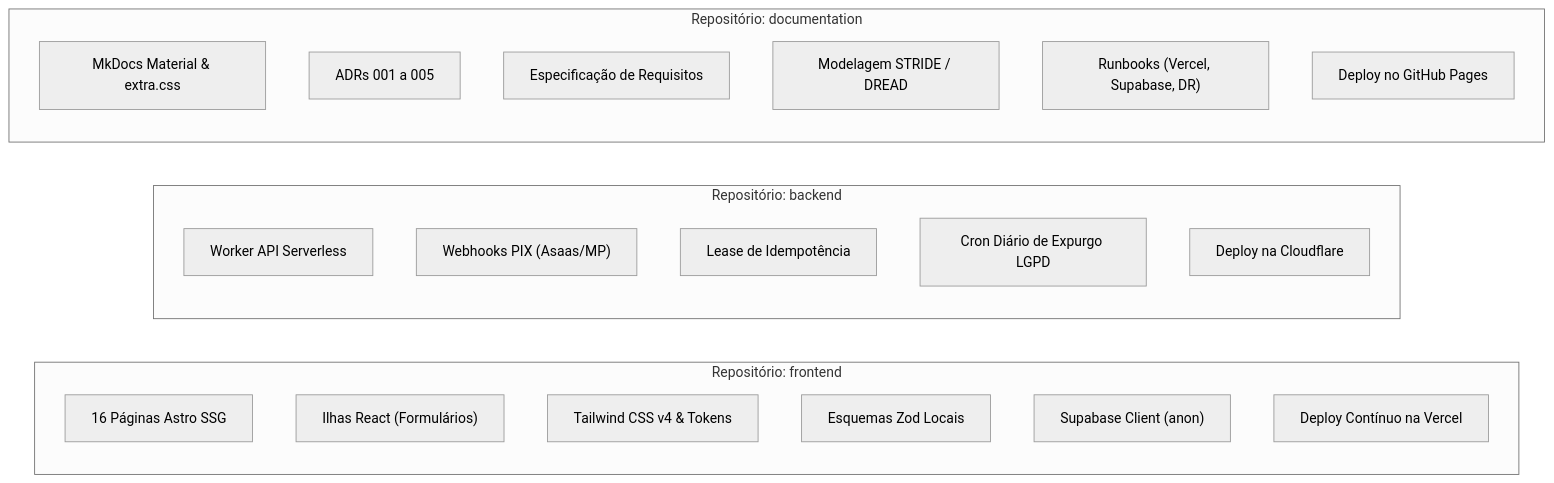
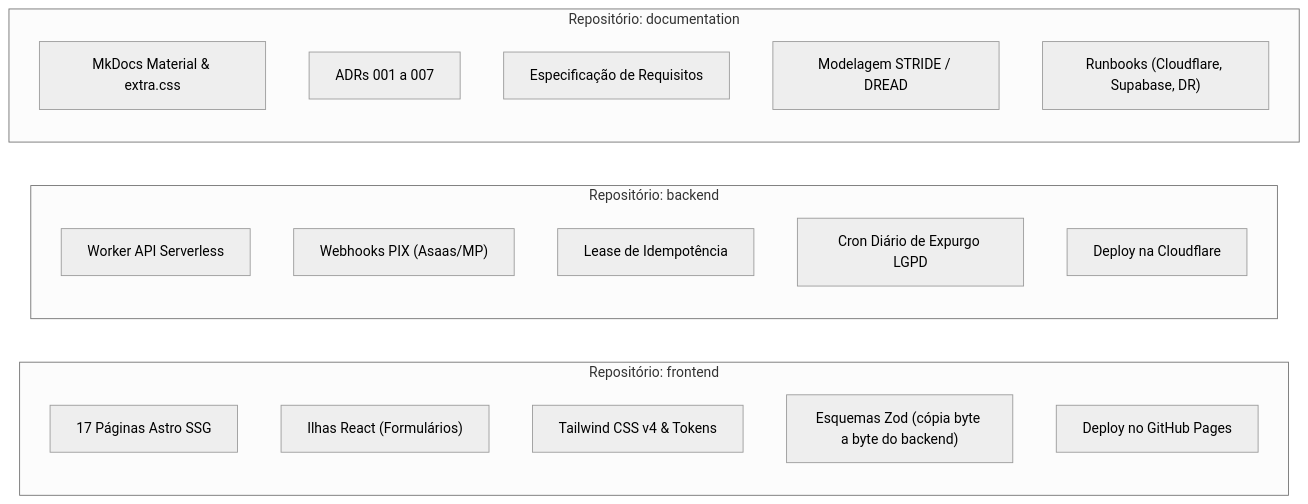
The diagram in docs/architecture/repositories-scope.md (purelifeministriesbrasil/documentation), drawn with Mermaid (neutral theme) before and after one commit. The commit also changed other lines of this file and 10 other files, not shown here.

First line of the commit message:
docs(architecture): replace legacy schema and Vercel proxy diagrams with the current design

````diff
--- a/docs/architecture/repositories-scope.md
+++ b/docs/architecture/repositories-scope.md
@@ -11,31 +11,30 @@
 ```mermaid
 flowchart LR
     subgraph RepoFront["Repositório: frontend"]
         direction TB
-        AstroPages["16 Páginas Astro SSG"]
+        AstroPages["17 Páginas Astro SSG"]
         ReactIslands["Ilhas React (Formulários)"]
         TailwindV4["Tailwind CSS v4 & Tokens"]
-        LocalSchemas["Esquemas Zod Locais"]
-        SupabaseClient["Supabase Client (anon)"]
-        DeployVercel["Deploy Contínuo na Vercel"]
+        LocalSchemas["Esquemas Zod (cópia byte a byte do backend)"]
+        DeployPages["Deploy no Cloudflare Pages"]
     end
 
     subgraph RepoBack["Repositório: backend"]
         direction TB
         WorkerAPI["Worker API Serverless"]
         Webhooks["Webhooks PIX (Asaas/MP)"]
         Idempotency["Lease de Idempotência"]
         CronPurge["Cron Diário de Expurgo LGPD"]
         DeployWorker["Deploy na Cloudflare"]
     end
 
     subgraph RepoDocs["Repositório: documentation"]
         direction TB
         MkDocsConfig["MkDocs Material & extra.css"]
-        ADRs["ADRs 001 a 005"]
+        ADRs["ADRs 001 a 007"]
         SRS["Especificação de Requisitos"]
         AppSec["Modelagem STRIDE / DREAD"]
-        Runbooks["Runbooks (Vercel, Supabase, DR)"]
+        Runbooks["Runbooks (Cloudflare, Supabase, DR)"]
         DeployPages["Deploy no GitHub Pages"]
     end
 ```
````
